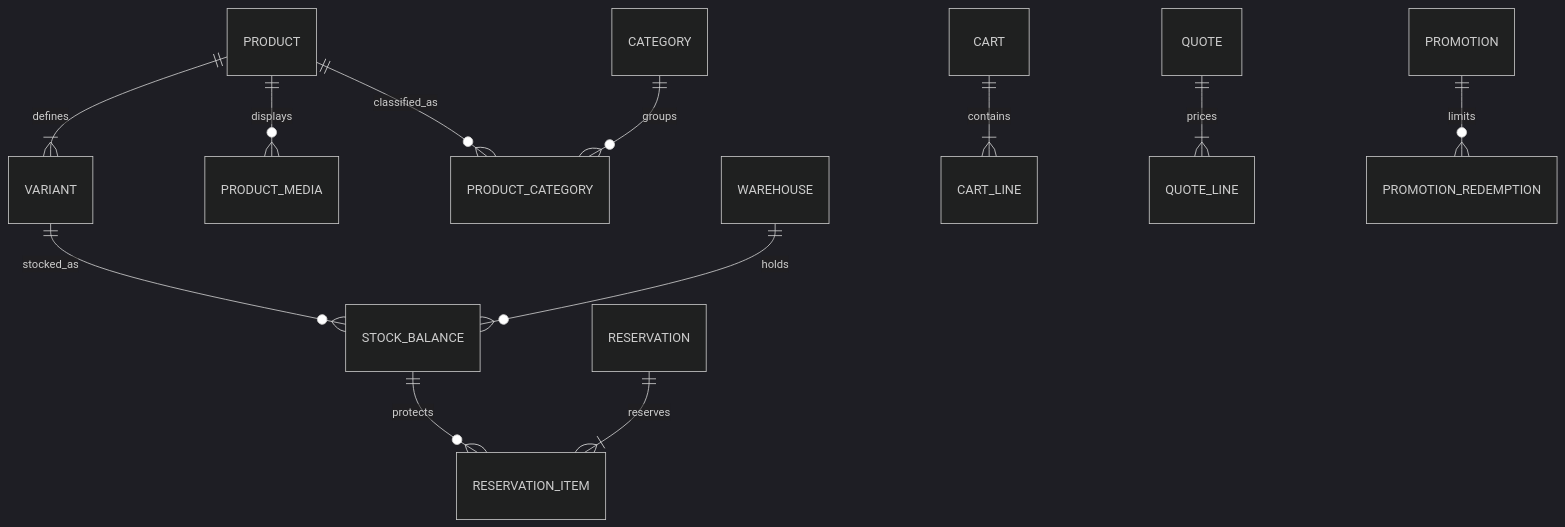
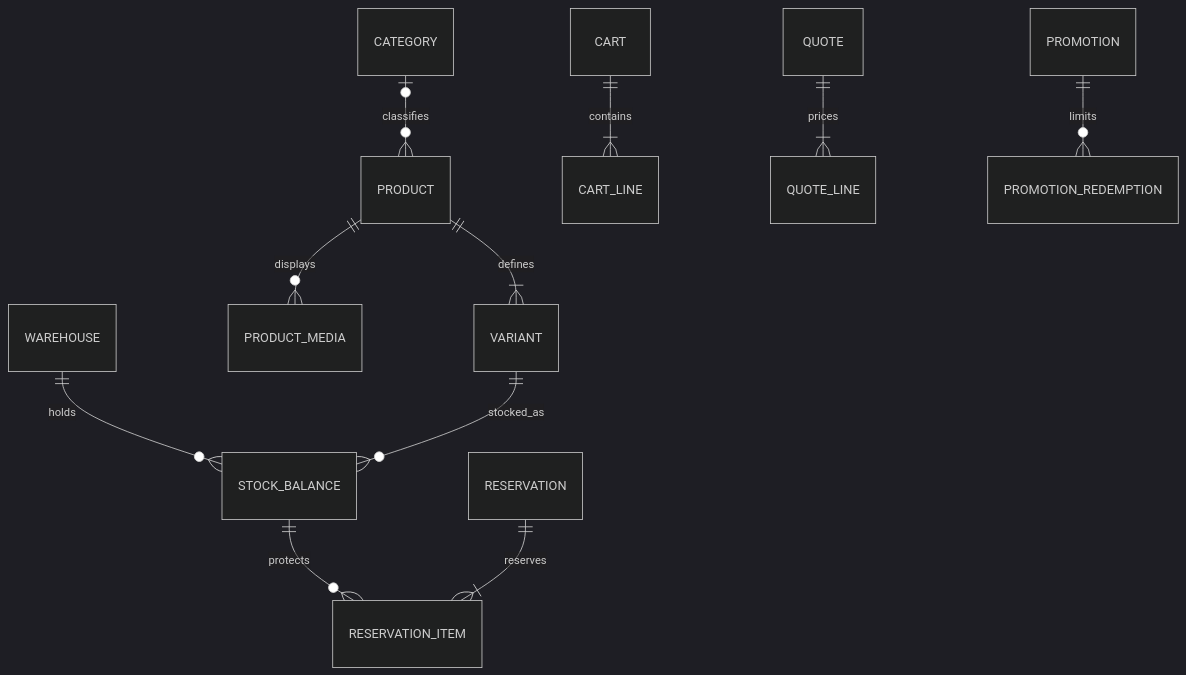
The second of 5 diagrams in docs/architecture/ecommerce-data-model.md (aarajops/aaraj), drawn with Mermaid (dark theme) before and after one commit. The commit also changed other lines of this file and 42 other files, not shown here.

```diff
--- a/docs/architecture/ecommerce-data-model.md
+++ b/docs/architecture/ecommerce-data-model.md
@@ -112,14 +114,13 @@
 ~~~mermaid
 erDiagram
   PRODUCT ||--|{ VARIANT : defines
   PRODUCT ||--o{ PRODUCT_MEDIA : displays
-  PRODUCT ||--o{ PRODUCT_CATEGORY : classified_as
-  CATEGORY ||--o{ PRODUCT_CATEGORY : groups
+  CATEGORY o|--o{ PRODUCT : classifies
   WAREHOUSE ||--o{ STOCK_BALANCE : holds
   VARIANT ||--o{ STOCK_BALANCE : stocked_as
   STOCK_BALANCE ||--o{ RESERVATION_ITEM : protects
   RESERVATION ||--|{ RESERVATION_ITEM : reserves
   CART ||--|{ CART_LINE : contains
   QUOTE ||--|{ QUOTE_LINE : prices
   PROMOTION ||--o{ PROMOTION_REDEMPTION : limits
 ~~~
```
